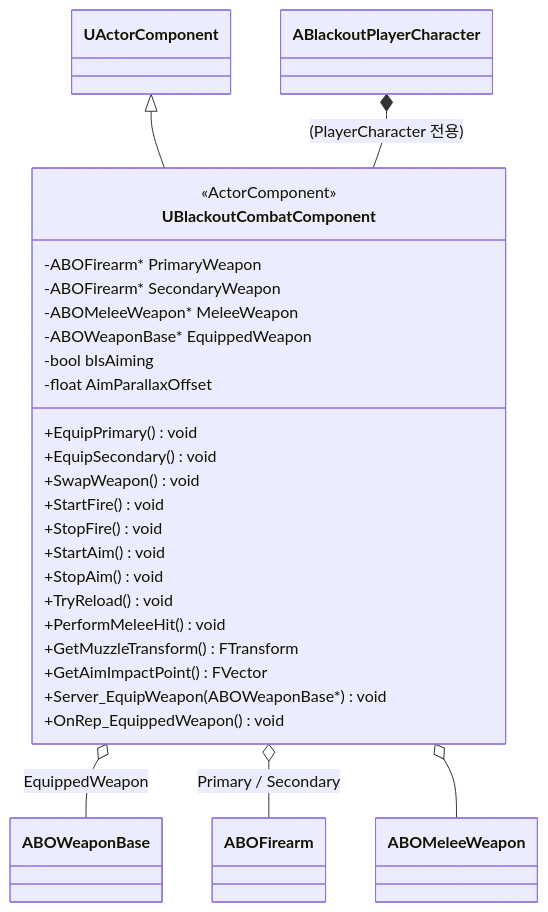
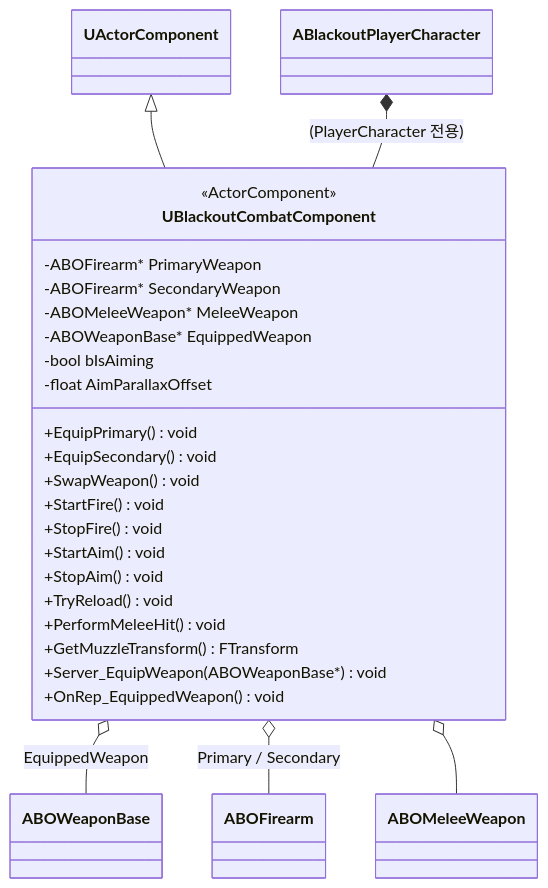
The diagram in Docs/Combat/01_Combat_Component.md (seongwon1579/ProjectBlackout), drawn with Mermaid before and after one commit. The commit also changed other lines of this file and 7 other files, not shown here.

````diff
--- a/Docs/Combat/01_Combat_Component.md
+++ b/Docs/Combat/01_Combat_Component.md
@@ -5,34 +5,33 @@
 ```mermaid
 classDiagram
     direction TB
 
     UActorComponent <|-- UBlackoutCombatComponent
 
     class UBlackoutCombatComponent {
         <<ActorComponent>>
         -ABOFirearm* PrimaryWeapon
         -ABOFirearm* SecondaryWeapon
         -ABOMeleeWeapon* MeleeWeapon
         -ABOWeaponBase* EquippedWeapon
         -bool bIsAiming
         -float AimParallaxOffset
         +EquipPrimary() void
         +EquipSecondary() void
         +SwapWeapon() void
         +StartFire() void
         +StopFire() void
         +StartAim() void
         +StopAim() void
         +TryReload() void
         +PerformMeleeHit() void
         +GetMuzzleTransform() FTransform
-        +GetAimImpactPoint() FVector
         +Server_EquipWeapon(ABOWeaponBase*) void
         +OnRep_EquippedWeapon() void
     }
 
     UBlackoutCombatComponent o-- ABOWeaponBase : EquippedWeapon
     UBlackoutCombatComponent o-- ABOFirearm : Primary / Secondary
     UBlackoutCombatComponent o-- ABOMeleeWeapon
     ABlackoutPlayerCharacter *-- UBlackoutCombatComponent : (PlayerCharacter 전용)
 ```
````
